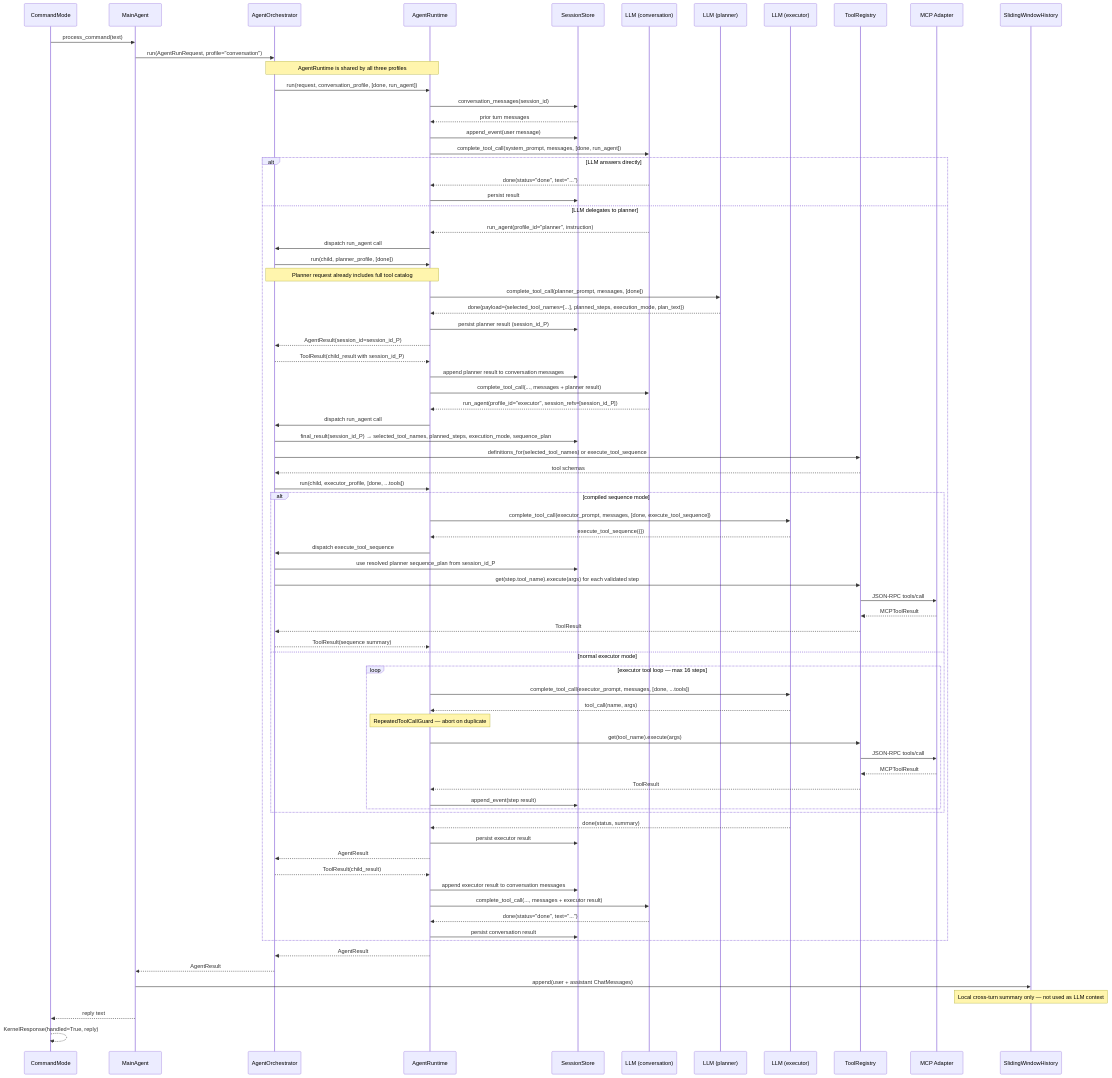
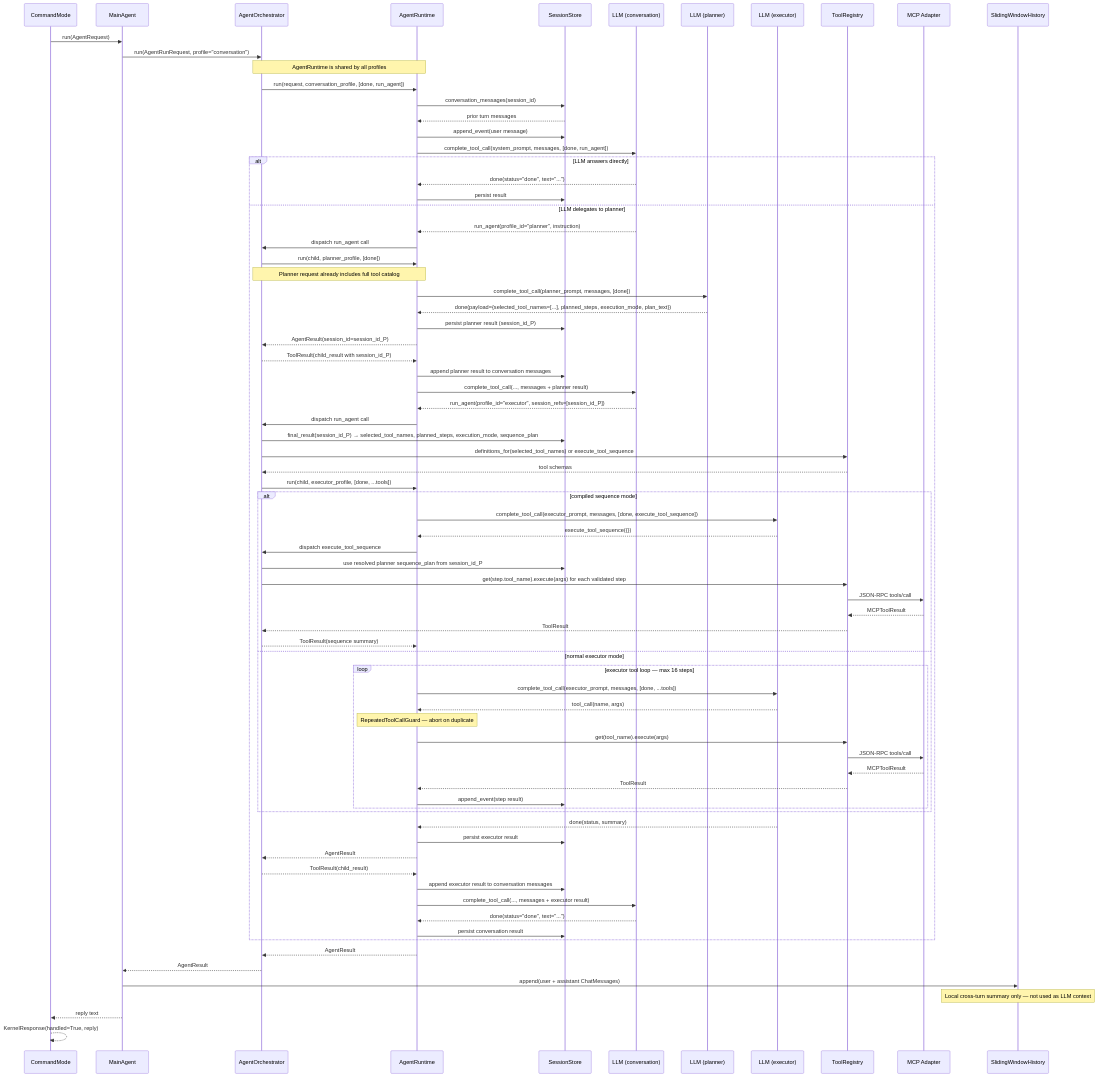
One commit to vovka/tusk changed the first of 4 diagrams in docs/architecture.md. Above: the diagram before and after it, drawn with Mermaid. The commit also changed other lines of this file and 7 other files, not shown here.

First line of the commit message:
docs: refresh architecture doc, add class and interface diagrams

```diff
--- a/docs/architecture.md
+++ b/docs/architecture.md
@@ -60,10 +61,10 @@
     participant MCP as MCP Adapter
     participant HX as SlidingWindowHistory
 
-    CMD->>MA: process_command(text)
+    CMD->>MA: run(AgentRequest)
     MA->>ORC: run(AgentRunRequest, profile="conversation")
 
-    Note over ORC,RT: AgentRuntime is shared by all three profiles
+    Note over ORC,RT: AgentRuntime is shared by all profiles
     ORC->>RT: run(request, conversation_profile, [done, run_agent])
     RT->>SS: conversation_messages(session_id)
     SS-->>RT: prior turn messages
```
